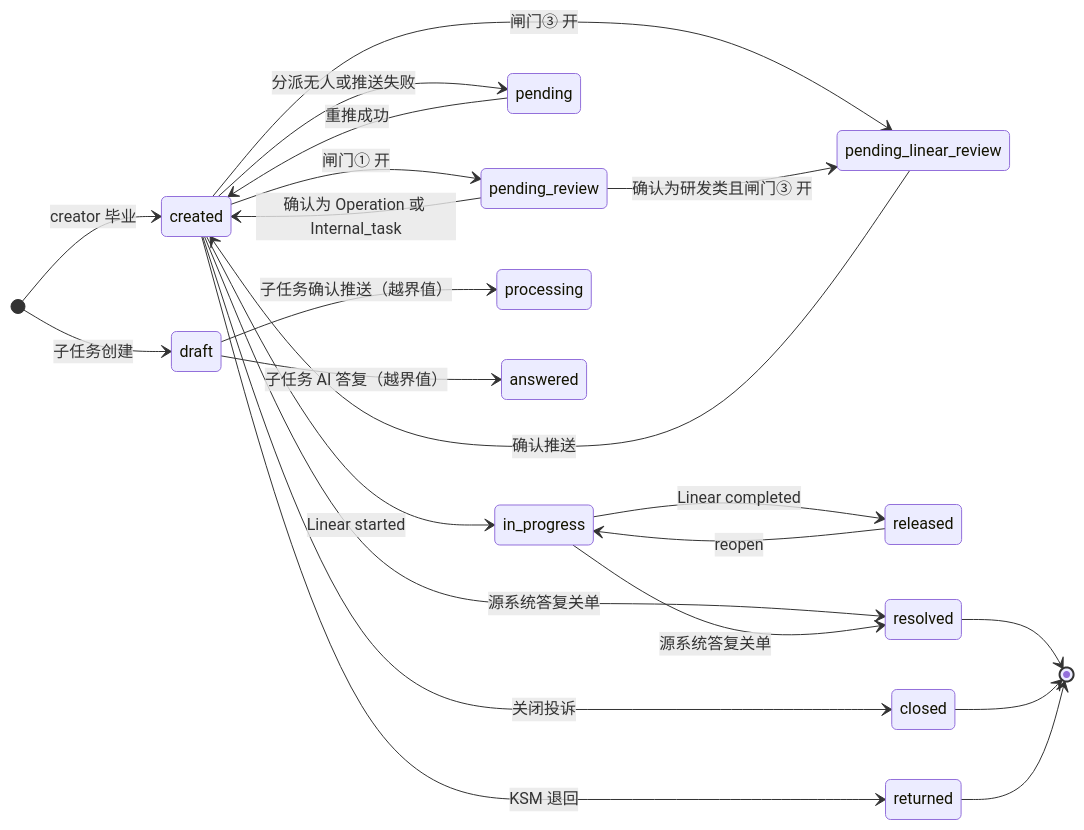
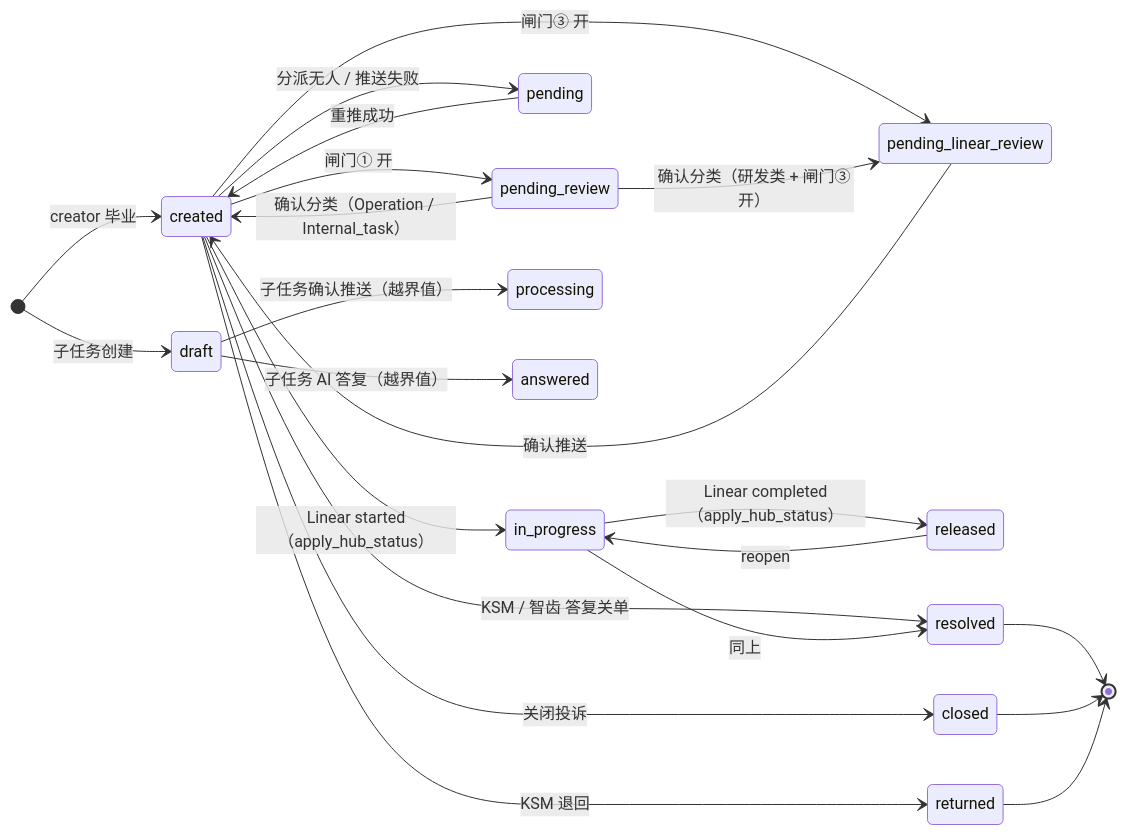
One commit to invagent/ticket-hub changed the fourth of 13 diagrams in docs/spec/state-machines.md. Above: the diagram before and after it, drawn with Mermaid. The commit also changed other lines of this file, not shown here.

````diff
--- a/docs/spec/state-machines.md
+++ b/docs/spec/state-machines.md
@@ -154,31 +169,31 @@
 ```mermaid
 stateDiagram-v2
   direction LR
   [*] --> created: creator 毕业
   [*] --> draft: 子任务创建
 
   created --> pending_review: 闸门① 开
   created --> pending_linear_review: 闸门③ 开
-  created --> pending: 分派无人或推送失败
+  created --> pending: 分派无人 / 推送失败
 
-  pending_review --> created: 确认为 Operation 或 Internal_task
-  pending_review --> pending_linear_review: 确认为研发类且闸门③ 开
+  pending_review --> created: 确认分类（Operation / Internal_task）
+  pending_review --> pending_linear_review: 确认分类（研发类 + 闸门③开）
   pending_linear_review --> created: 确认推送
   pending --> created: 重推成功
 
-  created --> in_progress: Linear started
-  in_progress --> released: Linear completed
+  created --> in_progress: Linear started（apply_hub_status）
+  in_progress --> released: Linear completed（apply_hub_status）
   released --> in_progress: reopen
 
-  created --> resolved: 源系统答复关单
-  in_progress --> resolved: 源系统答复关单
+  created --> resolved: KSM / 智齿 答复关单
+  in_progress --> resolved: 同上
   created --> closed: 关闭投诉
   created --> returned: KSM 退回
 
   draft --> processing: 子任务确认推送（越界值）
   draft --> answered: 子任务 AI 答复（越界值）
 
   resolved --> [*]
   closed --> [*]
   returned --> [*]
 ```
````
